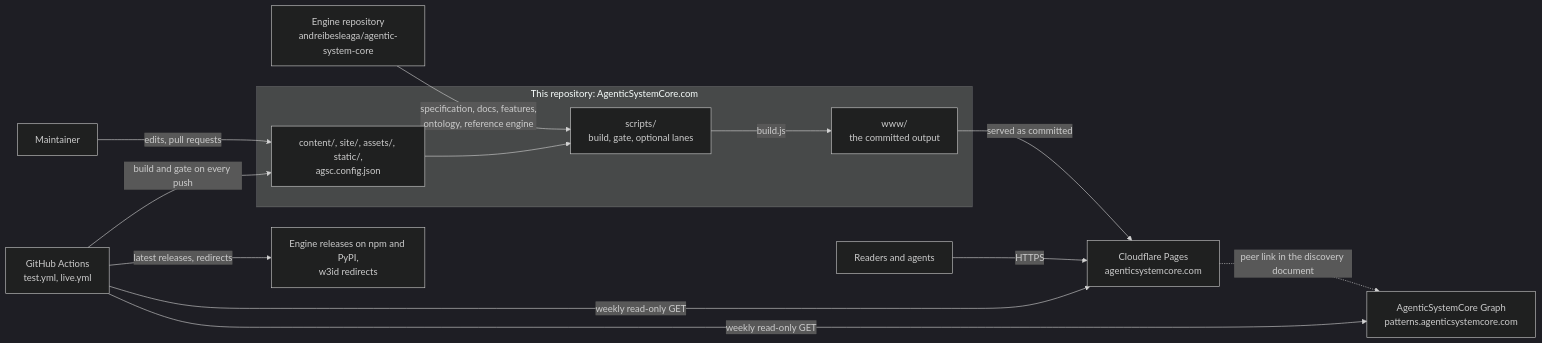
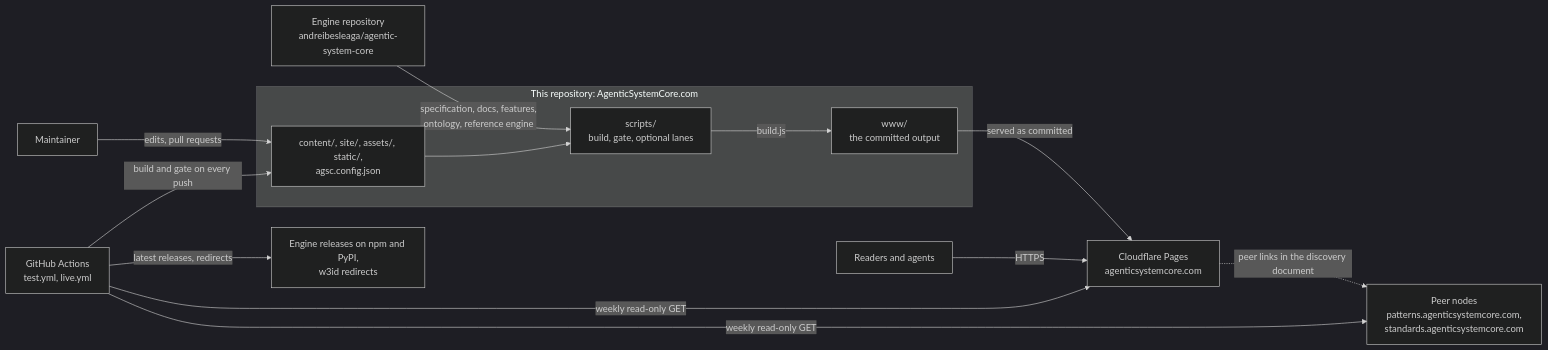
One commit to andreibesleaga/AgenticSystemCore.com changed the diagram in docs/ARCHITECTURE.md. Above: the diagram before and after it, drawn with Mermaid (dark theme). The commit also changed other lines of this file and 5 other files, not shown here.

Commit message:
Live check: cover the standards node; the checkers run once per node with the next node as peer

````diff
--- a/docs/ARCHITECTURE.md
+++ b/docs/ARCHITECTURE.md
@@ -12,26 +12,26 @@
 ```mermaid
 flowchart LR
   R["Readers and agents"]
   M["Maintainer"]
   subgraph SYS["This repository: AgenticSystemCore.com"]
     SRC["content/, site/, assets/, static/,<br/>agsc.config.json"]
     GEN["scripts/<br/>build, gate, optional lanes"]
     OUT["www/<br/>the committed output"]
   end
   ENG["Engine repository<br/>andreibesleaga/agentic-system-core"]
   CF["Cloudflare Pages<br/>agenticsystemcore.com"]
-  PEER["AgenticSystemCore Graph<br/>patterns.agenticsystemcore.com"]
+  PEER["Peer nodes<br/>patterns.agenticsystemcore.com,<br/>standards.agenticsystemcore.com"]
   REL["Engine releases on npm and PyPI,<br/>w3id redirects"]
   GHA["GitHub Actions<br/>test.yml, live.yml"]
   M -->|"edits, pull requests"| SRC
   ENG -->|"specification, docs, features,<br/>ontology, reference engine"| GEN
   SRC --> GEN
   GEN -->|"build.js"| OUT
   OUT -->|"served as committed"| CF
   R -->|"HTTPS"| CF
-  CF -.->|"peer link in the discovery document"| PEER
+  CF -.->|"peer links in the discovery document"| PEER
   GHA -->|"build and gate on every push"| SRC
   GHA -->|"weekly read-only GET"| CF
   GHA -->|"weekly read-only GET"| PEER
   GHA -->|"latest releases, redirects"| REL
 ```
````
